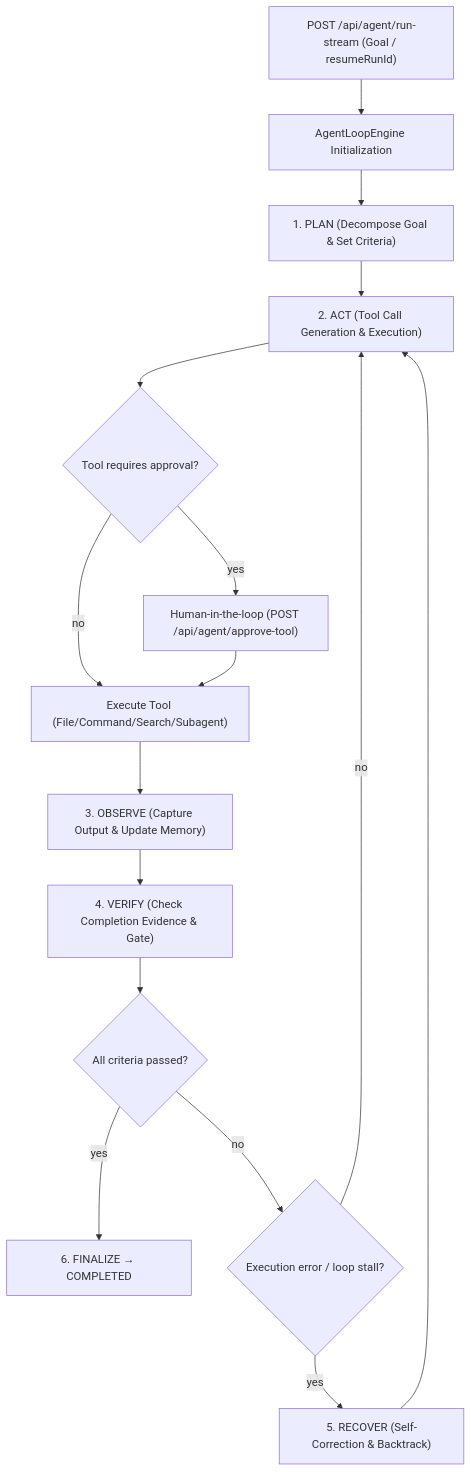
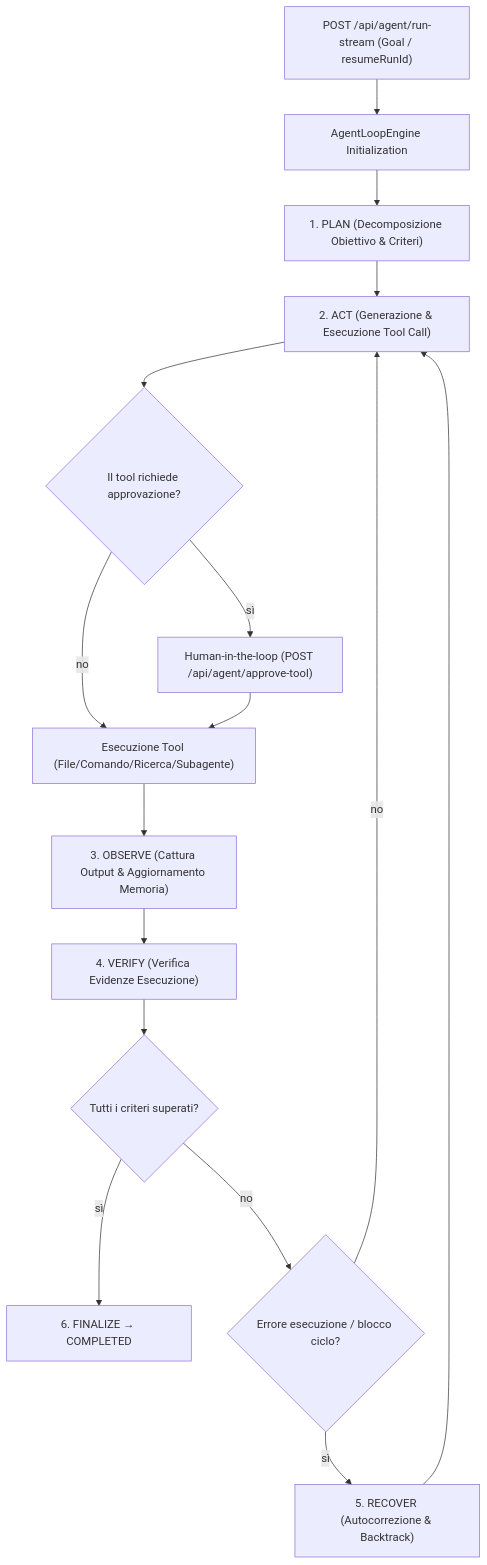
Before and after one commit to dennidalpos/OnlyRag: the diagram in docs/AGENT_ENGINE.md, drawn with Mermaid. The commit also changed other lines of this file and 47 other files, not shown here.

````diff
--- a/docs/AGENT_ENGINE.md
+++ b/docs/AGENT_ENGINE.md
@@ -9,18 +9,18 @@
 ```mermaid
 flowchart TD
     Request["POST /api/agent/run-stream (Goal / resumeRunId)"] --> Init["AgentLoopEngine Initialization"]
-    Init --> PhasePlan["1. PLAN (Decompose Goal & Set Criteria)"]
-    PhasePlan --> PhaseAct["2. ACT (Tool Call Generation & Execution)"]
-    PhaseAct --> CheckTool{"Tool requires approval?"}
-    CheckTool -->|yes| HumanApproval["Human-in-the-loop (POST /api/agent/approve-tool)"]
-    CheckTool -->|no| ExecTool["Execute Tool (File/Command/Search/Subagent)"]
+    Init --> PhasePlan["1. PLAN (Decomposizione Obiettivo & Criteri)"]
+    PhasePlan --> PhaseAct["2. ACT (Generazione & Esecuzione Tool Call)"]
+    PhaseAct --> CheckTool{"Il tool richiede approvazione?"}
+    CheckTool -->|sì| HumanApproval["Human-in-the-loop (POST /api/agent/approve-tool)"]
+    CheckTool -->|no| ExecTool["Esecuzione Tool (File/Comando/Ricerca/Subagente)"]
     HumanApproval --> ExecTool
-    ExecTool --> PhaseObserve["3. OBSERVE (Capture Output & Update Memory)"]
-    PhaseObserve --> PhaseVerify["4. VERIFY (Check Completion Evidence & Gate)"]
-    PhaseVerify --> CheckSuccess{"All criteria passed?"}
-    CheckSuccess -->|yes| PhaseFinalize["6. FINALIZE → COMPLETED"]
-    CheckSuccess -->|no| CheckError{"Execution error / loop stall?"}
-    CheckError -->|yes| PhaseRecover["5. RECOVER (Self-Correction & Backtrack)"]
+    ExecTool --> PhaseObserve["3. OBSERVE (Cattura Output & Aggiornamento Memoria)"]
+    PhaseObserve --> PhaseVerify["4. VERIFY (Verifica Evidenze Esecuzione)"]
+    PhaseVerify --> CheckSuccess{"Tutti i criteri superati?"}
+    CheckSuccess -->|sì| PhaseFinalize["6. FINALIZE → COMPLETED"]
+    CheckSuccess -->|no| CheckError{"Errore esecuzione / blocco ciclo?"}
+    CheckError -->|sì| PhaseRecover["5. RECOVER (Autocorrezione & Backtrack)"]
     CheckError -->|no| PhaseAct
     PhaseRecover --> PhaseAct
 ```
````
